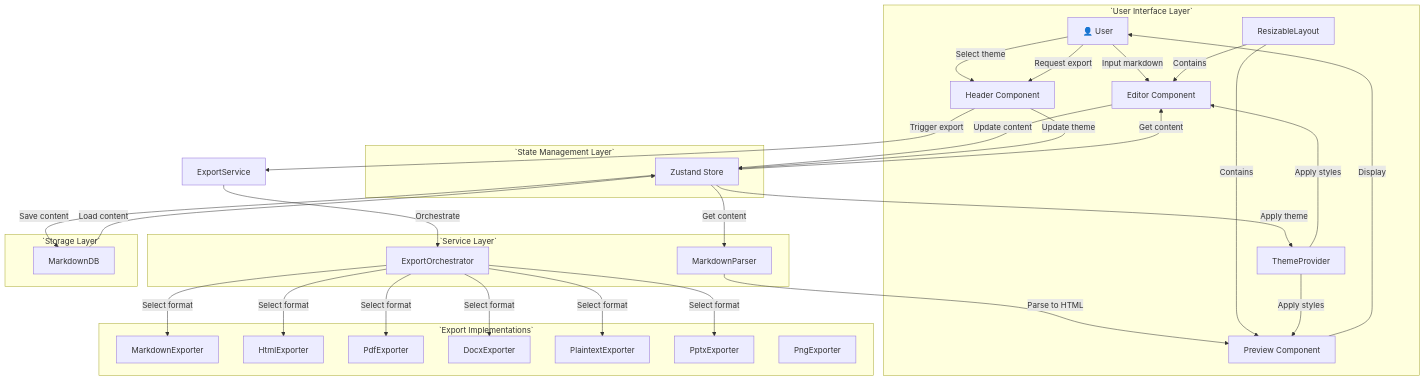
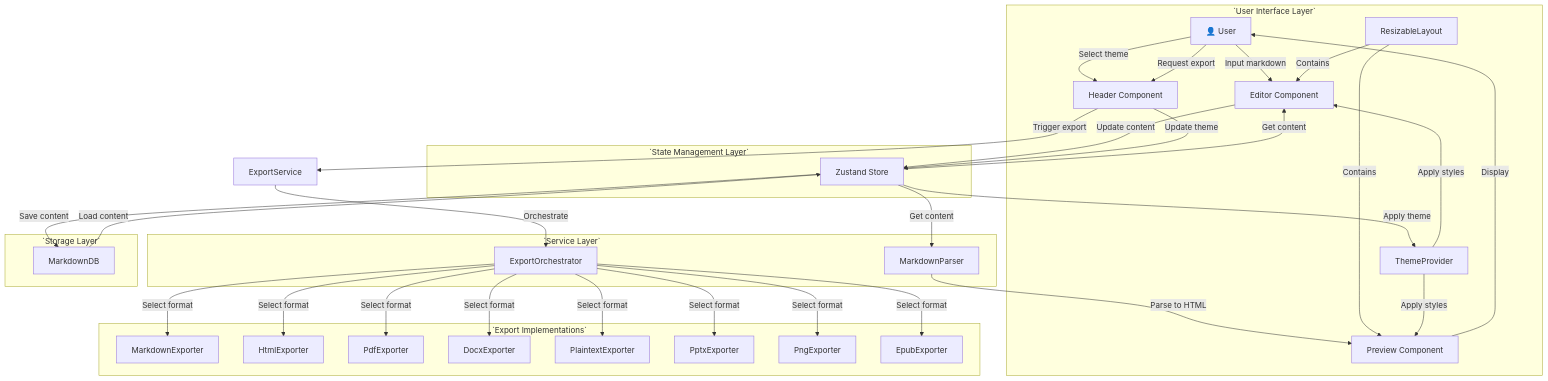
The first of 4 diagrams in docs/REPO_WIKI.md (Chozharajan2001/OfflineMd), drawn with Mermaid before and after one commit. The commit also changed other lines of this file and 5 other files, not shown here.

````diff
--- a/docs/REPO_WIKI.md
+++ b/docs/REPO_WIKI.md
@@ -146,68 +146,71 @@
 ```mermaid
 flowchart TD
     subgraph UI_Layer[`User Interface Layer`]
         User["👤 User"]
         Editor[Editor Component]
         Preview[Preview Component]
         ResizableLayout[ResizableLayout]
         Header[Header Component]
         ThemeProvider[ThemeProvider]
     end
 
     subgraph State_Layer[`State Management Layer`]
         Store[Zustand Store]
     end
 
     subgraph Service_Layer[`Service Layer`]
         MarkdownParser[MarkdownParser]
         ExportOrchestrator[ExportOrchestrator]
     end
 
     subgraph Export_Layer[`Export Implementations`]
         MarkdownExporter[MarkdownExporter]
         HtmlExporter[HtmlExporter]
         PdfExporter[PdfExporter]
         DocxExporter[DocxExporter]
         PlaintextExporter[PlaintextExporter]
         PptxExporter[PptxExporter]
         PngExporter[PngExporter]
+        EpubExporter[EpubExporter]
     end
 
     subgraph Storage_Layer[`Storage Layer`]
         Database[MarkdownDB]
     end
 
     %% Main Flow: Editor and Preview
     User -->|Input markdown| Editor
     Editor -->|Update content| Store
     Store -->|Get content| MarkdownParser
     MarkdownParser -->|Parse to HTML| Preview
     Preview -->|Display| User
 
     %% Layout Management
     ResizableLayout -->|Contains| Editor
     ResizableLayout -->|Contains| Preview
 
     %% Theme Flow
     User -->|Select theme| Header
     Header -->|Update theme| Store
     Store -->|Apply theme| ThemeProvider
     ThemeProvider -->|Apply styles| Editor
     ThemeProvider -->|Apply styles| Preview
 
     %% Export Flow
     User -->|Request export| Header
     Header -->|Trigger export| ExportService
     ExportService -->|Orchestrate| ExportOrchestrator
     ExportOrchestrator -->|Select format| MarkdownExporter
     ExportOrchestrator -->|Select format| HtmlExporter
     ExportOrchestrator -->|Select format| PdfExporter
     ExportOrchestrator -->|Select format| DocxExporter
     ExportOrchestrator -->|Select format| PlaintextExporter
     ExportOrchestrator -->|Select format| PptxExporter
+    ExportOrchestrator -->|Select format| PngExporter
+    ExportOrchestrator -->|Select format| EpubExporter
 
     %% Storage Flow
     Store -->|Save content| Database
     Database -->|Load content| Store
     Store -->|Get content| Editor
 ```
````
